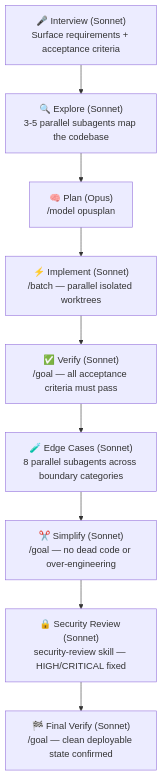
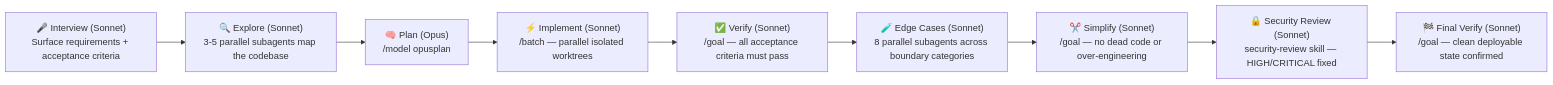
One commit to amajorai/ship.md changed the diagram in README.md. Above: the diagram before and after it, drawn with Mermaid.

Commit message:
Make mermaid diagram horizontal (LR)

````diff
--- a/README.md
+++ b/README.md
@@ -5,11 +5,11 @@
 ```mermaid
-flowchart TD
+flowchart LR
     A["🎤 Interview (Sonnet)\nSurface requirements + acceptance criteria"] --> B["🔍 Explore (Sonnet)\n3-5 parallel subagents map the codebase"]
     B --> C["🧠 Plan (Opus)\n/model opusplan"]
     C --> D["⚡ Implement (Sonnet)\n/batch — parallel isolated worktrees"]
     D --> E["✅ Verify (Sonnet)\n/goal — all acceptance criteria must pass"]
     E --> F["🧪 Edge Cases (Sonnet)\n8 parallel subagents across boundary categories"]
     F --> G["✂️ Simplify (Sonnet)\n/goal — no dead code or over-engineering"]
     G --> H["🔒 Security Review (Sonnet)\nsecurity-review skill — HIGH/CRITICAL fixed"]
     H --> I["🏁 Final Verify (Sonnet)\n/goal — clean deployable state confirmed"]
 ```
````
